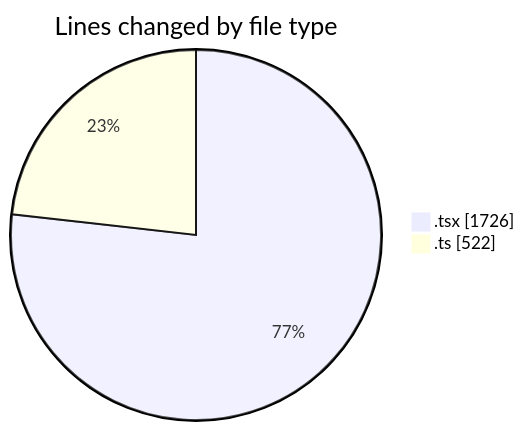
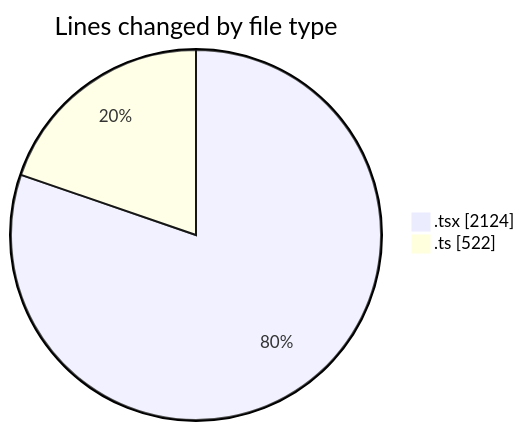
Before and after one commit to nxtqubesakshisongat/code-tracking: the first of 2 diagrams in 2026-04-03/nxtqube_webapp/README.md, drawn with Mermaid. The commit also changed other lines of this file and 1 other file, not shown here.

````diff
--- a/2026-04-03/nxtqube_webapp/README.md
+++ b/2026-04-03/nxtqube_webapp/README.md
@@ -22,6 +22,6 @@
 ```mermaid
 pie showData
 title Lines changed by file type
-".tsx" : 1726
+".tsx" : 2124
 ".ts" : 522
 ```
````
